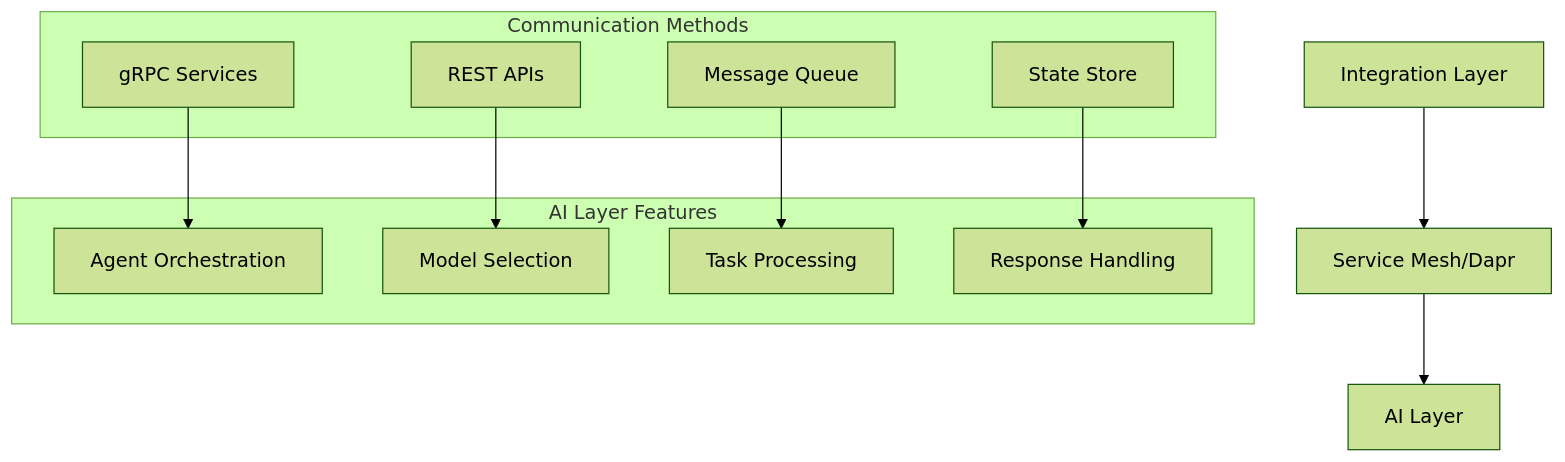
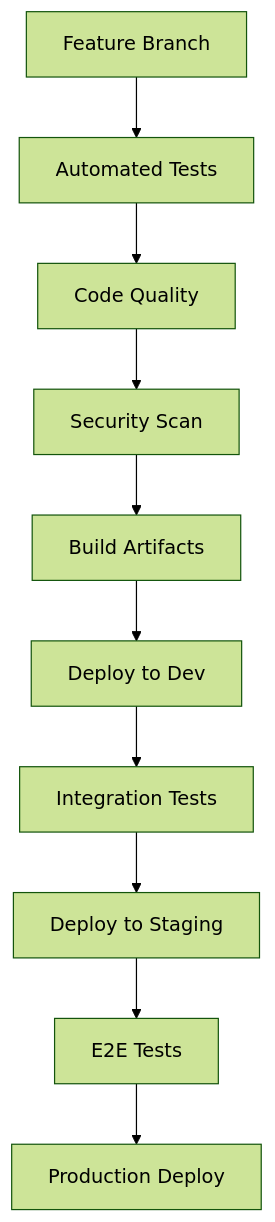
The diagram in IMPLEMENTATION.md (jihadajUAEU/bluemeshv2), drawn with Mermaid (forest theme) before and after one commit. The commit also changed other lines of this file, not shown here.

````diff
--- a/IMPLEMENTATION.md
+++ b/IMPLEMENTATION.md
@@ -13,24 +37,12 @@
 ```mermaid
 graph TD
-    A[Integration Layer] --> B[Service Mesh/Dapr]
-    B --> C[AI Layer]
-    
-    subgraph "Communication Methods"
-        D[gRPC Services]
-        E[REST APIs]
-        F[Message Queue]
-        G[State Store]
-    end
-    
-    subgraph "AI Layer Features"
-        H[Agent Orchestration]
-        I[Model Selection]
-        J[Task Processing]
-        K[Response Handling]
-    end
-    
-    D --> H
-    E --> I
-    F --> J
-    G --> K
+    A[Feature Branch] --> B[Automated Tests]
+    B --> C[Code Quality]
+    C --> D[Security Scan]
+    D --> E[Build Artifacts]
+    E --> F[Deploy to Dev]
+    F --> G[Integration Tests]
+    G --> H[Deploy to Staging]
+    H --> I[E2E Tests]
+    I --> J[Production Deploy]
 ```
````
